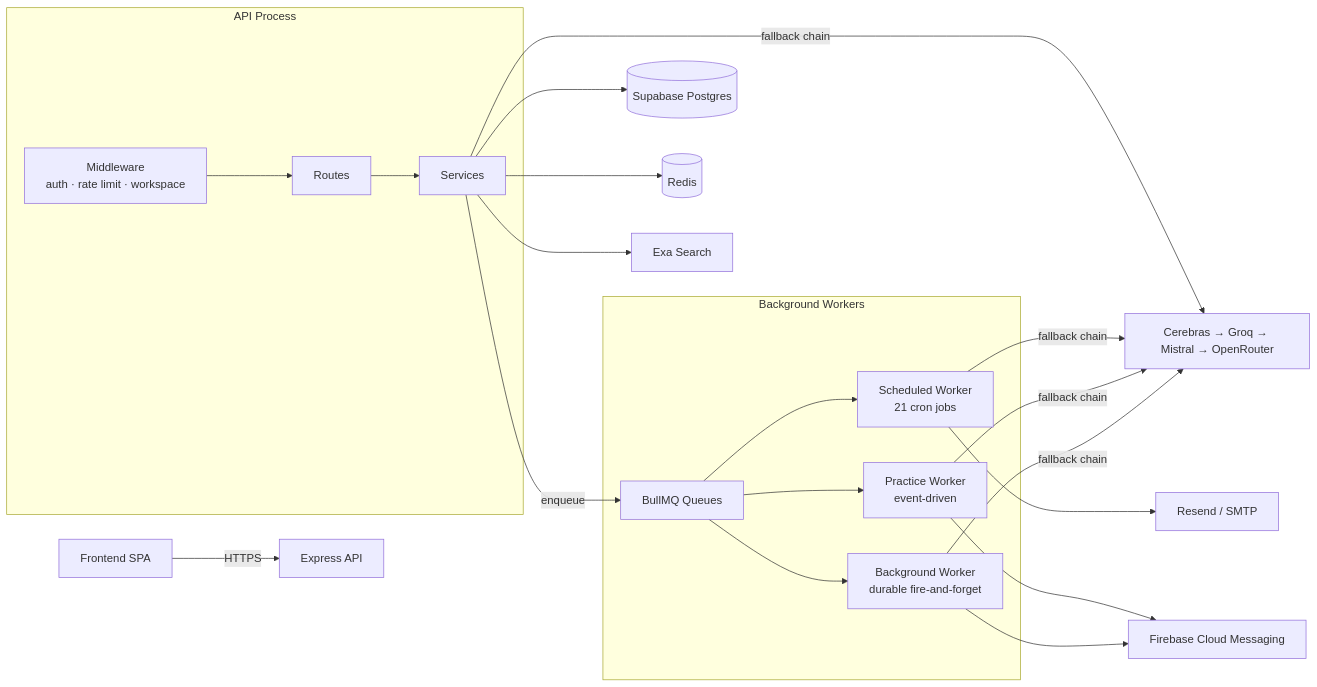
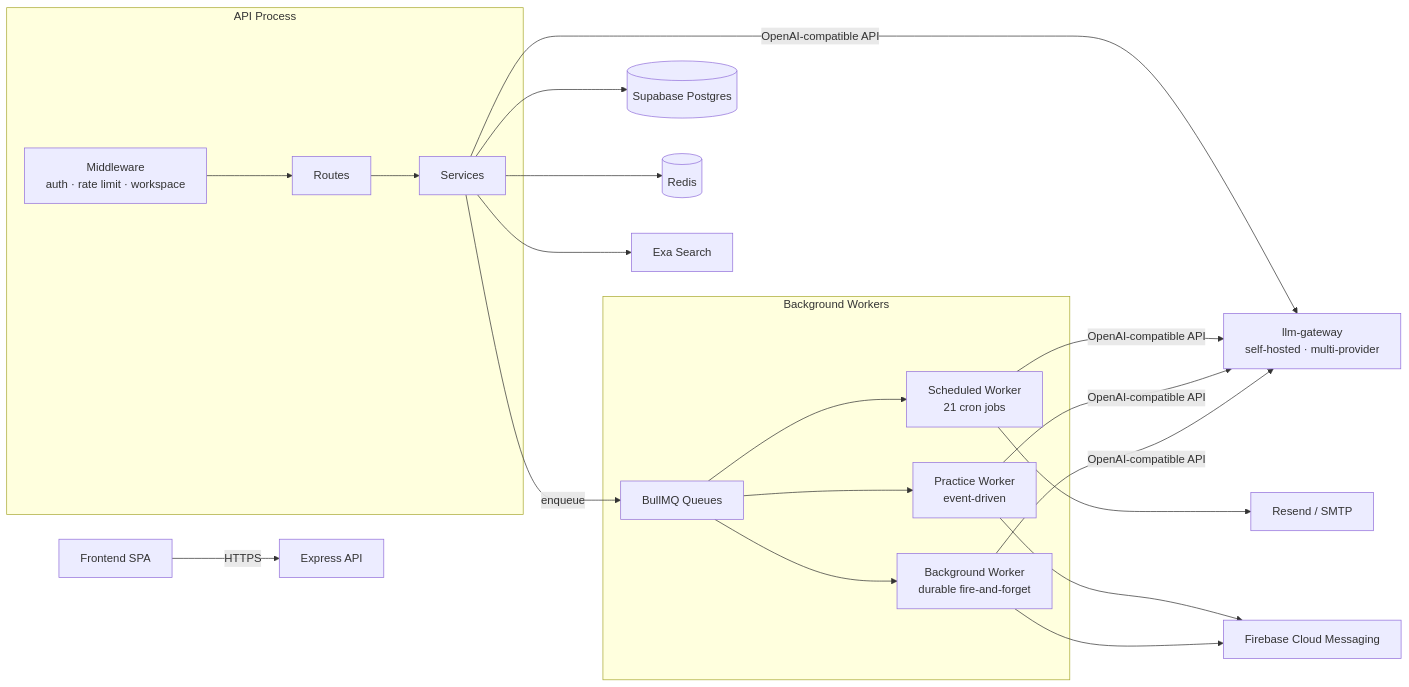
One commit to Devpaul-01/Foundersales changed the diagram in README.md. Above: the diagram before and after it, drawn with Mermaid. The commit also changed other lines of this file and 4 other files, not shown here.

First line of the commit message:
docs: update for llm-gateway migration

````diff
--- a/README.md
+++ b/README.md
@@ -58,25 +58,25 @@
 ```mermaid
 flowchart LR
     Client[Frontend SPA] -->|HTTPS| API[Express API]
 
     subgraph API_Process [API Process]
         MW[Middleware<br/>auth · rate limit · workspace] --> R[Routes]
         R --> SVC[Services]
     end
 
     SVC --> PG[(Supabase Postgres)]
     SVC --> REDIS[(Redis)]
     SVC -->|enqueue| BULLMQ[BullMQ Queues]
-    SVC -->|fallback chain| AI[Cerebras → Groq → Mistral → OpenRouter]
+    SVC -->|OpenAI-compatible API| AI[llm-gateway<br/>self-hosted · multi-provider]
     SVC --> EXA[Exa Search]
 
     subgraph Workers [Background Workers]
         BULLMQ --> W1[Scheduled Worker<br/>21 cron jobs]
         BULLMQ --> W2[Practice Worker<br/>event-driven]
         BULLMQ --> W3[Background Worker<br/>durable fire-and-forget]
     end
 
-    W1 & W2 & W3 -->|fallback chain| AI
+    W1 & W2 & W3 -->|OpenAI-compatible API| AI
     W1 --> RESEND[Resend / SMTP]
     W2 & W3 --> FCM[Firebase Cloud Messaging]
 ```
````
